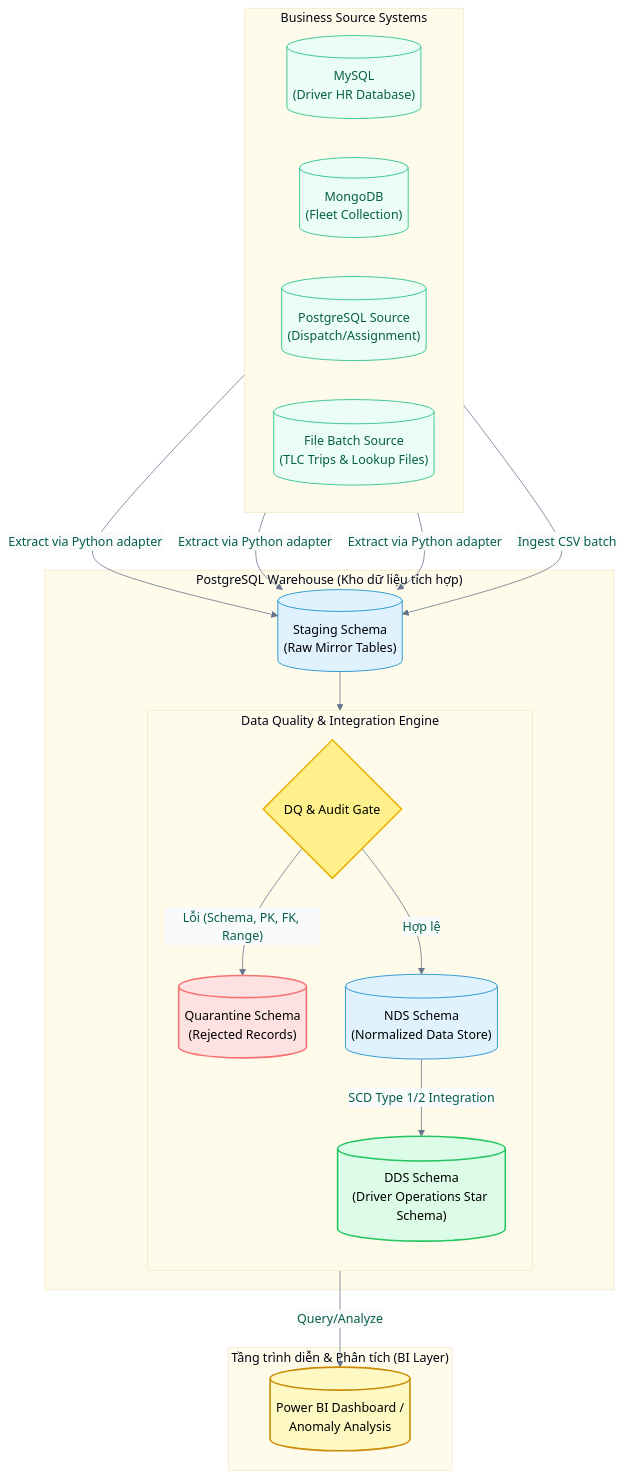
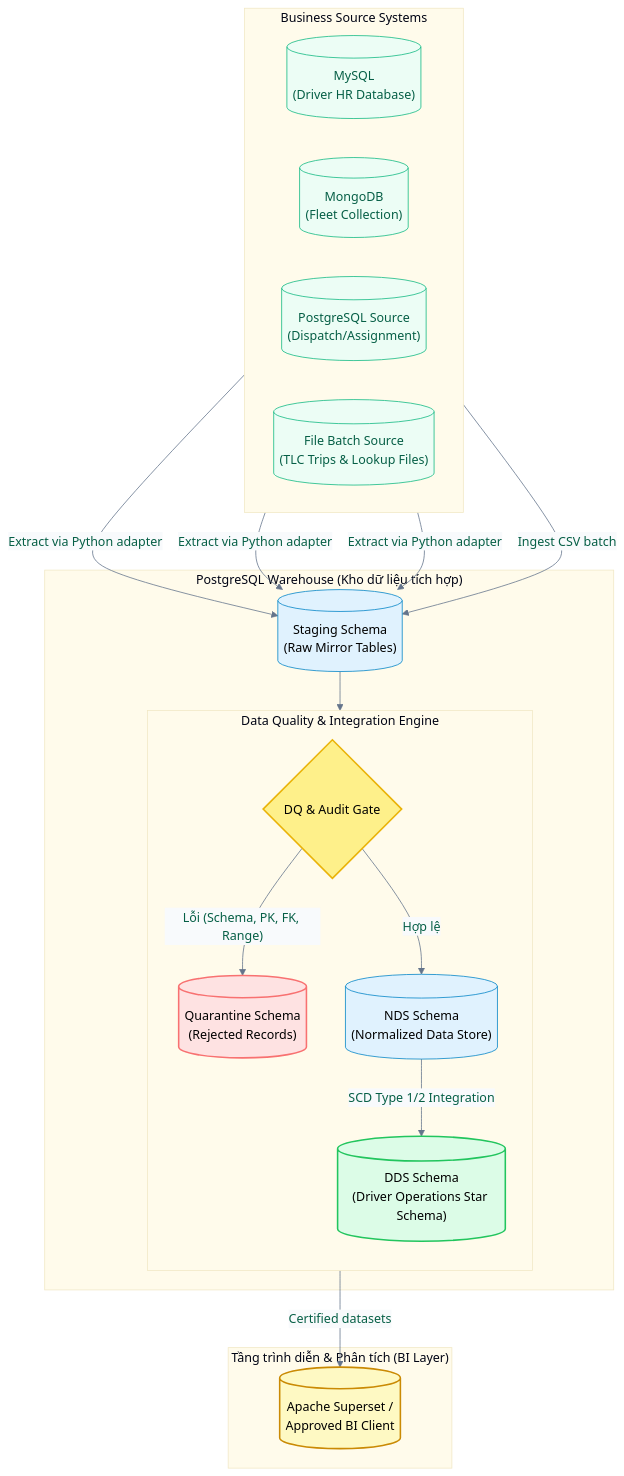
One commit to HuyVuCV1011/Green-taxi changed the first of 2 diagrams in README.md. Above: the diagram before and after it, drawn with Mermaid. The commit also changed other lines of this file and 24 other files, not shown here.

````diff
--- a/README.md
+++ b/README.md
@@ -57,45 +57,45 @@
 ```mermaid
 %%{init: {'theme': 'base', 'themeVariables': { 'primaryColor': '#ecfdf5', 'primaryTextColor': '#065f46', 'primaryBorderColor': '#10b981', 'lineColor': '#64748b', 'secondaryColor': '#f8fafc', 'tertiaryColor': '#fffbeb'}}}%%
 flowchart TD
     subgraph Sources["Business Source Systems"]
         direction LR
         MySQL[("MySQL<br>(Driver HR Database)")]
         Mongo[("MongoDB<br>(Fleet Collection)")]
         PG_Src[("PostgreSQL Source<br>(Dispatch/Assignment)")]
         Files[("File Batch Source<br>(TLC Trips & Lookup Files)")]
     end
 
     subgraph DWH["PostgreSQL Warehouse (Kho dữ liệu tích hợp)"]
         STG[("Staging Schema<br>(Raw Mirror Tables)")]
 
         subgraph Pipeline["Data Quality & Integration Engine"]
             direction TB
             DQ{"DQ & Audit Gate"}
             Q_Table[("Quarantine Schema<br>(Rejected Records)")]
             NDS[("NDS Schema<br>(Normalized Data Store)")]
             DDS[("DDS Schema<br>(Driver Operations Star Schema)")]
         end
     end
 
     subgraph Presentation["Tầng trình diễn & Phân tích (BI Layer)"]
-        PBI[("Power BI Dashboard /<br>Anomaly Analysis")]
+        BI[("Apache Superset /<br>Approved BI Client")]
     end
 
     MySQL -->|"Extract via Python adapter"| STG
     Mongo -->|"Extract via Python adapter"| STG
     PG_Src -->|"Extract via Python adapter"| STG
     Files -->|"Ingest CSV batch"| STG
 
     STG --> DQ
     DQ -->|"Lỗi (Schema, PK, FK, Range)"| Q_Table
     DQ -->|"Hợp lệ"| NDS
     NDS -->|"SCD Type 1/2 Integration"| DDS
-    DDS -->|"Query/Analyze"| PBI
+    DDS -->|"Certified datasets"| BI
 
     style DQ fill:#fef08a,stroke:#eab308,stroke-width:2px,color:#000
     style Q_Table fill:#fee2e2,stroke:#f87171,stroke-width:2px,color:#000
     style STG fill:#e0f2fe,stroke:#0284c7,stroke-width:1px,color:#000
     style NDS fill:#e0f2fe,stroke:#0284c7,stroke-width:1px,color:#000
     style DDS fill:#dcfce7,stroke:#22c55e,stroke-width:2px,color:#000
-    style PBI fill:#fef9c3,stroke:#ca8a04,stroke-width:2px,color:#000
+    style BI fill:#fef9c3,stroke:#ca8a04,stroke-width:2px,color:#000
 ```
````
